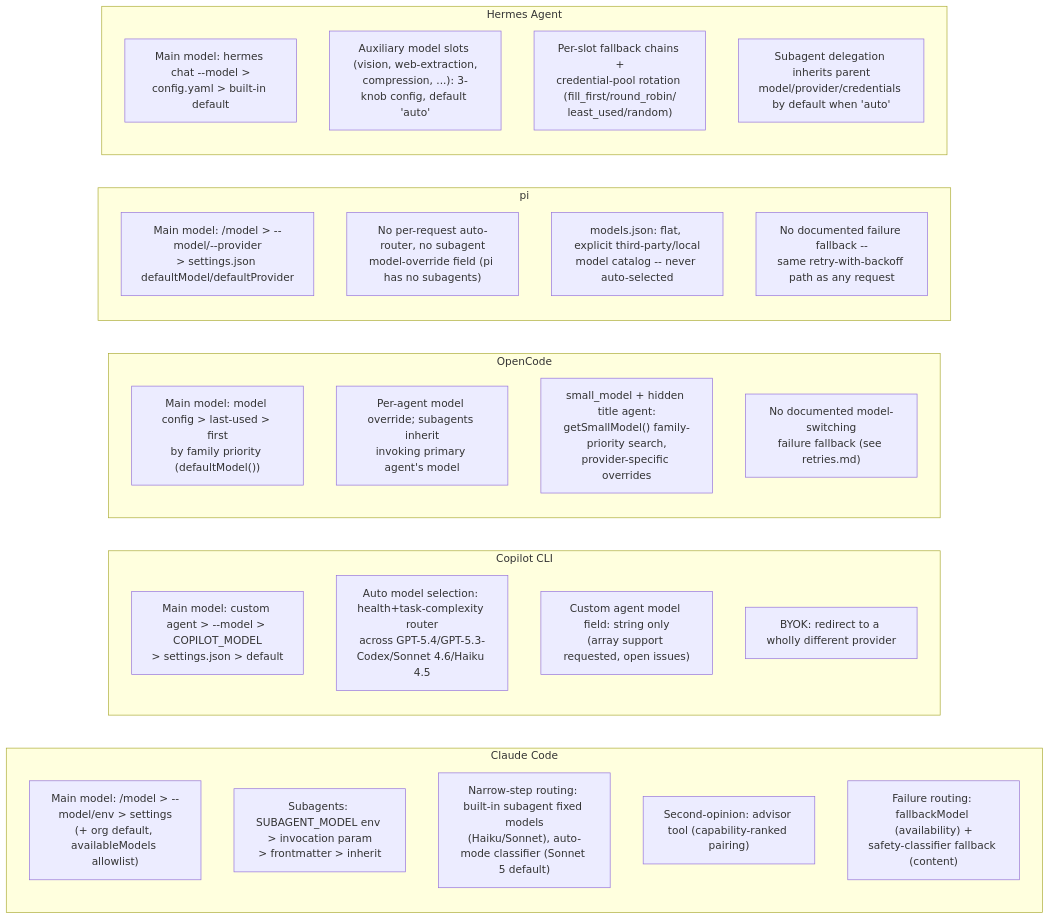
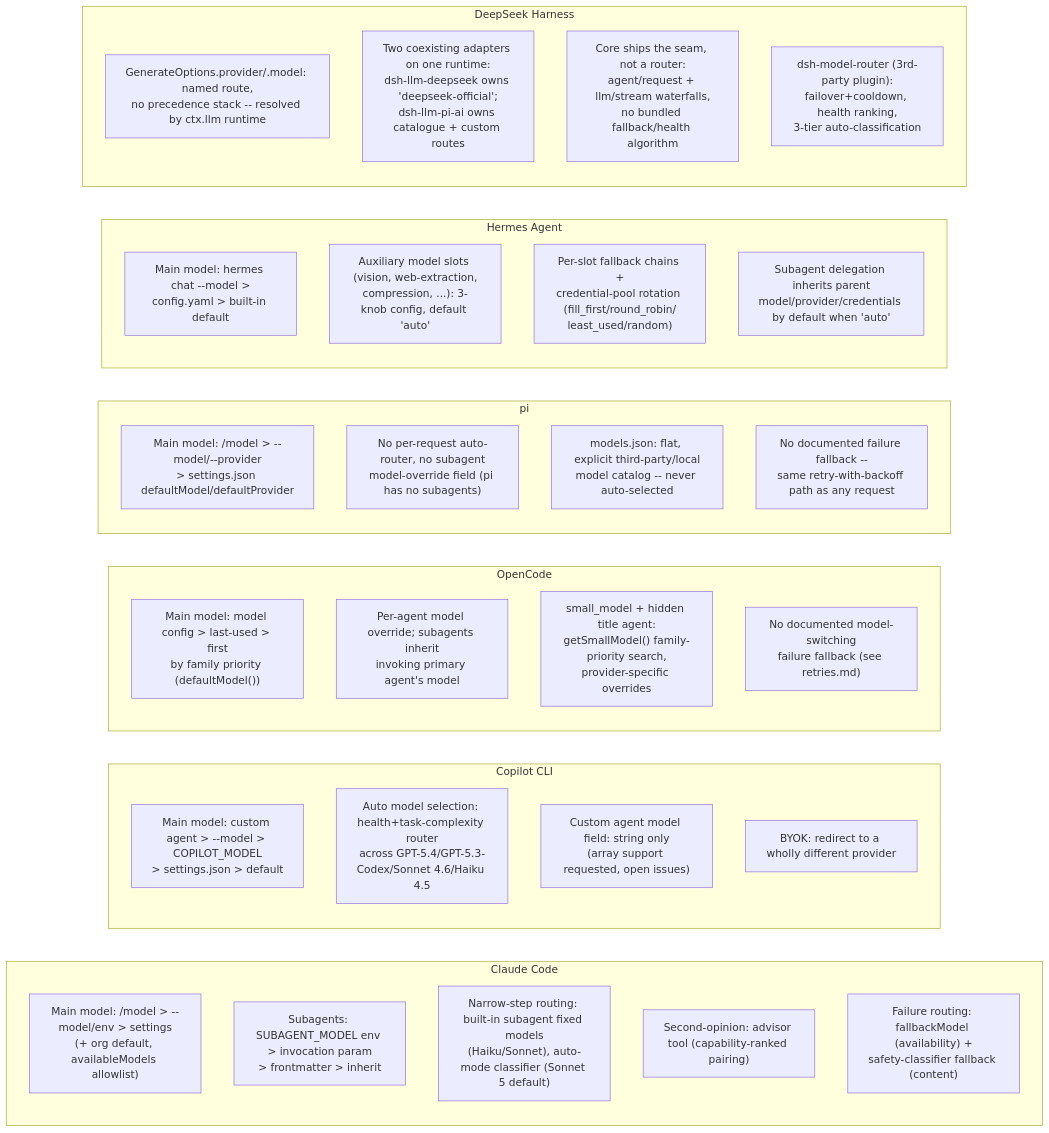
The sixth of 6 diagrams in references/harnesses/model-routing-and-selection.md (sfernandezplain/AIrchon), drawn with Mermaid before and after one commit. The commit also changed other lines of this file and 25 other files, not shown here.

First line of the commit message:
DeepSeek Harness rollout continued (19/29 -> 23/29); add opencode as a deploy target

````diff
--- a/references/harnesses/model-routing-and-selection.md
+++ b/references/harnesses/model-routing-and-selection.md
@@ -636,39 +863,46 @@
 ```mermaid
 flowchart LR
     subgraph CC["Claude Code"]
         direction TB
         CC1["Main model: /model > --model/env > settings\n(+ org default, availableModels allowlist)"]
         CC2["Subagents: SUBAGENT_MODEL env > invocation param\n> frontmatter > inherit"]
         CC3["Narrow-step routing: built-in subagent fixed models\n(Haiku/Sonnet), auto-mode classifier (Sonnet 5 default)"]
         CC4["Second-opinion: advisor tool (capability-ranked pairing)"]
         CC5["Failure routing: fallbackModel (availability) +\nsafety-classifier fallback (content)"]
     end
     subgraph CP["Copilot CLI"]
         direction TB
         CP1["Main model: custom agent > --model > COPILOT_MODEL\n> settings.json > default"]
         CP2["Auto model selection: health+task-complexity router\nacross GPT-5.4/GPT-5.3-Codex/Sonnet 4.6/Haiku 4.5"]
         CP3["Custom agent model field: string only\n(array support requested, open issues)"]
         CP4["BYOK: redirect to a wholly different provider"]
     end
     subgraph OC["OpenCode"]
         direction TB
         OC1["Main model: model config > last-used > first\nby family priority (defaultModel())"]
         OC2["Per-agent model override; subagents inherit\ninvoking primary agent's model"]
         OC3["small_model + hidden title agent:\ngetSmallModel() family-priority search,\nprovider-specific overrides"]
         OC4["No documented model-switching\nfailure fallback (see retries.md)"]
     end
     subgraph PI["pi"]
         direction TB
         PI1["Main model: /model > --model/--provider\n> settings.json defaultModel/defaultProvider"]
         PI2["No per-request auto-router, no subagent\nmodel-override field (pi has no subagents)"]
         PI3["models.json: flat, explicit third-party/local\nmodel catalog -- never auto-selected"]
         PI4["No documented failure fallback --\nsame retry-with-backoff path as any request"]
     end
     subgraph HM["Hermes Agent"]
         direction TB
         HM1["Main model: hermes chat --model >\nconfig.yaml > built-in default"]
         HM2["Auxiliary model slots (vision, web-extraction,\ncompression, ...): 3-knob config, default 'auto'"]
         HM3["Per-slot fallback chains +\ncredential-pool rotation (fill_first/round_robin/\nleast_used/random)"]
         HM4["Subagent delegation inherits parent\nmodel/provider/credentials by default when 'auto'"]
     end
+    subgraph DS["DeepSeek Harness"]
+        direction TB
+        DS1["GenerateOptions.provider/.model: named route,\nno precedence stack -- resolved by ctx.llm runtime"]
+        DS2["Two coexisting adapters on one runtime:\ndsh-llm-deepseek owns 'deepseek-official';\ndsh-llm-pi-ai owns catalogue + custom routes"]
+        DS3["Core ships the seam, not a router:\nagent/request + llm/stream waterfalls,\nno bundled fallback/health algorithm"]
+        DS4["dsh-model-router (3rd-party plugin):\nfailover+cooldown, health ranking,\n3-tier auto-classification"]
+    end
 ```
````
